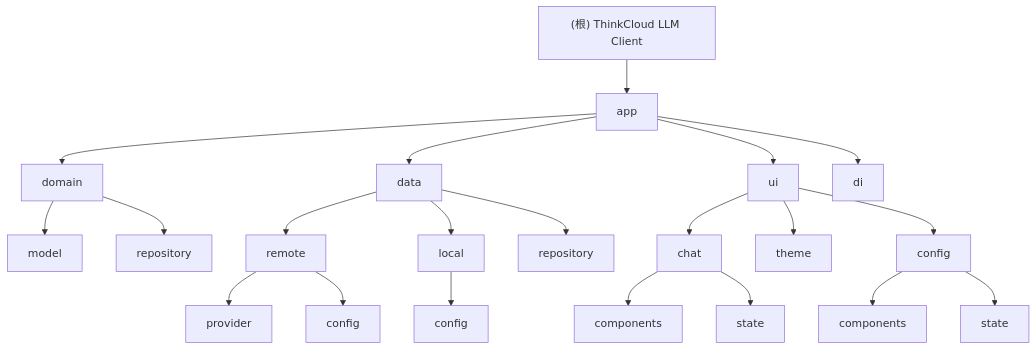
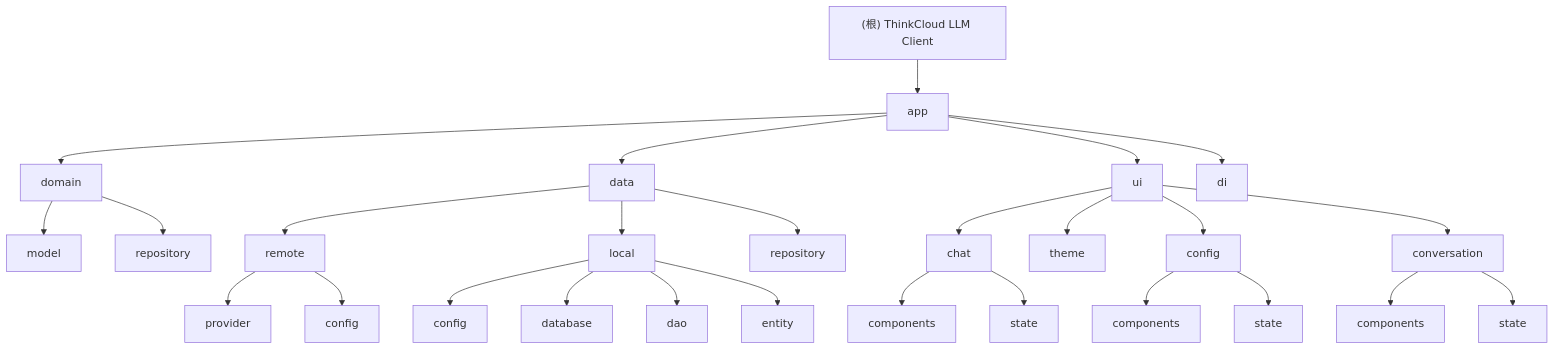
The diagram in CLAUDE.md (LogicShao/ThinkCloud), drawn with Mermaid before and after one commit. The commit also changed other lines of this file and 52 other files, not shown here.

````diff
--- a/CLAUDE.md
+++ b/CLAUDE.md
@@ -23,32 +24,39 @@
 ```mermaid
 graph TD
     A["(根) ThinkCloud LLM Client"] --> B["app"];
     B --> C["domain"];
     B --> D["data"];
     B --> E["ui"];
     B --> F["di"];
 
     C --> C1["model"];
     C --> C2["repository"];
 
     D --> D1["remote"];
     D --> D2["local"];
     D --> D3["repository"];
 
     D1 --> D11["provider"];
     D1 --> D12["config"];
 
     D2 --> D21["config"];
+    D2 --> D22["database"];
+    D2 --> D23["dao"];
+    D2 --> D24["entity"];
 
     E --> E1["chat"];
     E --> E2["theme"];
     E --> E3["config"];
+    E --> E4["conversation"];
 
     E1 --> E11["components"];
     E1 --> E12["state"];
 
     E3 --> E31["components"];
     E3 --> E32["state"];
 
+    E4 --> E41["components"];
+    E4 --> E42["state"];
+
     click B "./app/CLAUDE.md" "查看 app 模块文档"
 ```
````
